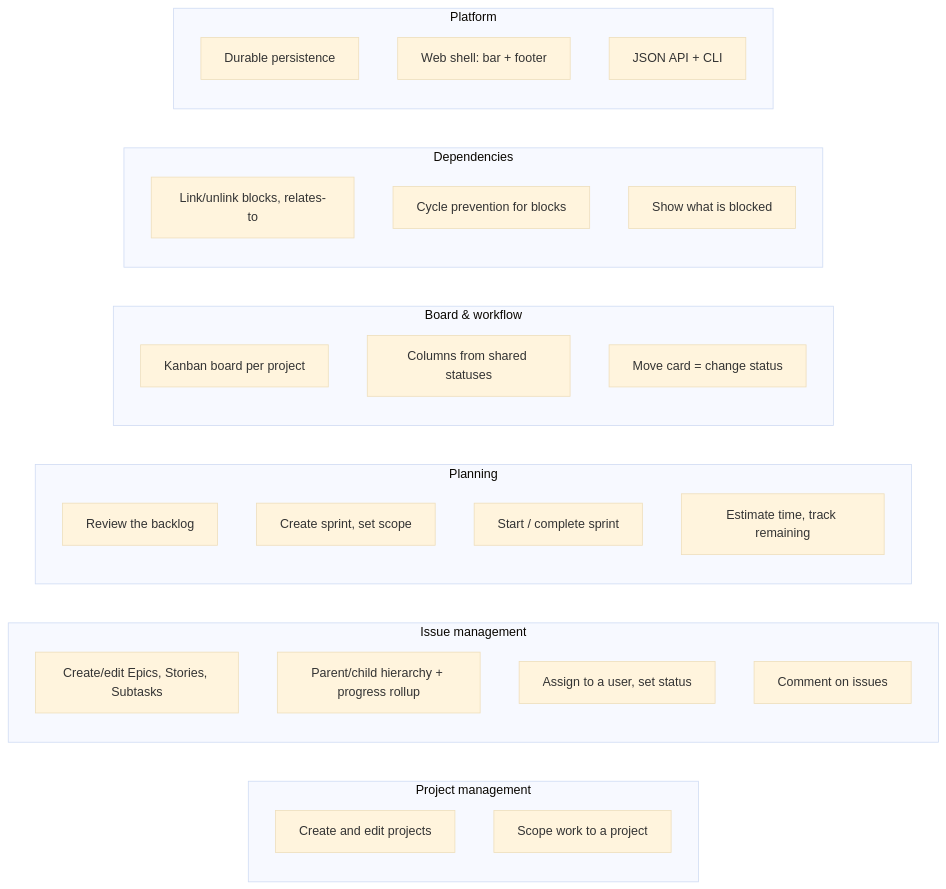
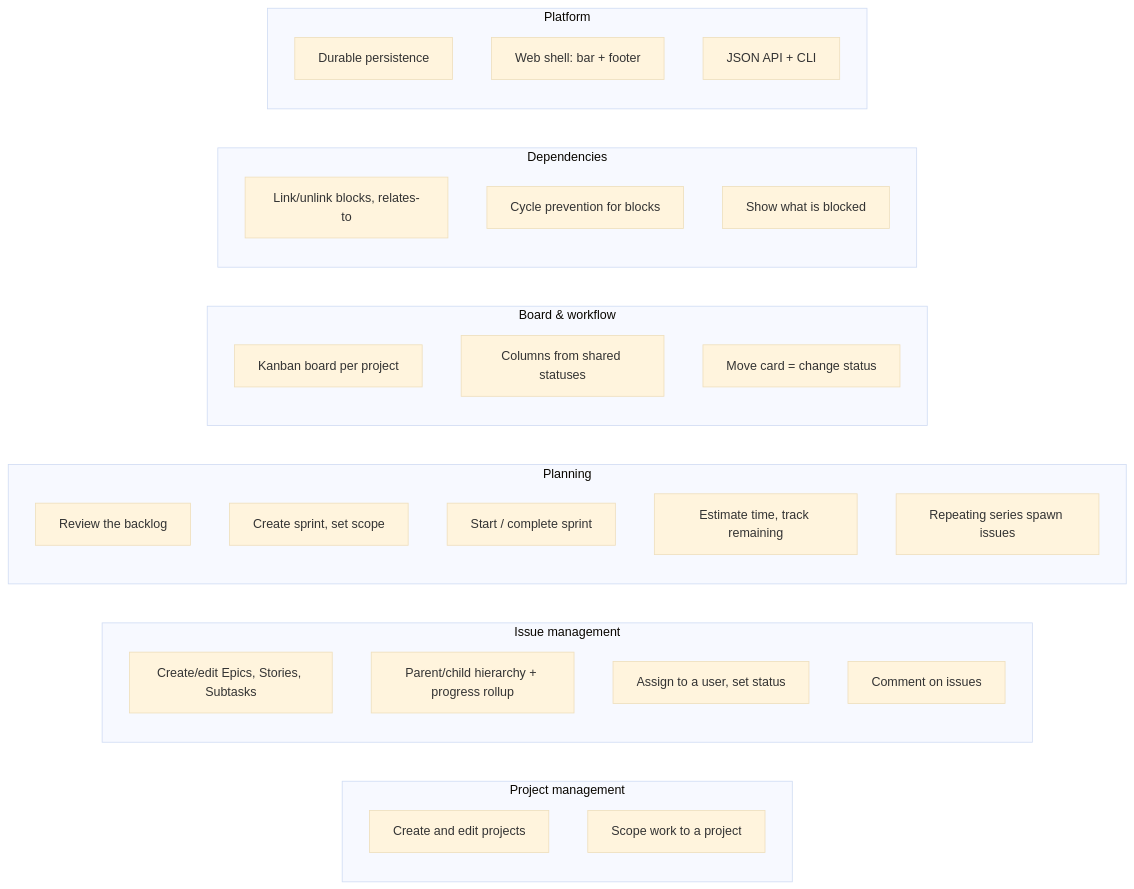
One commit to Mathotics/Keel changed the diagram in docs/architecture/capabilities.md. Above: the diagram before and after it, drawn with Mermaid (base theme). The commit also changed other lines of this file and 40 other files, not shown here.

Commit message:
Add repeating work via a per-project Scheduling Manager so chores and other recurring jobs spawn ordinary issues instead of resetting Done.

````diff
--- a/docs/architecture/capabilities.md
+++ b/docs/architecture/capabilities.md
@@ -5,34 +5,35 @@
 ```mermaid
 flowchart LR
   subgraph Proj["Project management"]
     p1[Create and edit projects]
     p2[Scope work to a project]
   end
   subgraph Issue["Issue management"]
     a1[Create/edit Epics, Stories, Subtasks]
     a2[Parent/child hierarchy + progress rollup]
     a3[Assign to a user, set status]
     a4[Comment on issues]
   end
   subgraph Plan["Planning"]
     b1[Review the backlog]
     b2[Create sprint, set scope]
     b3[Start / complete sprint]
     b4[Estimate time, track remaining]
+    b5[Repeating series spawn issues]
   end
   subgraph Board["Board & workflow"]
     c1[Kanban board per project]
     c2[Columns from shared statuses]
     c3[Move card = change status]
   end
   subgraph Dep["Dependencies"]
     d1[Link/unlink blocks, relates-to]
     d2[Cycle prevention for blocks]
     d3[Show what is blocked]
   end
   subgraph Plat["Platform"]
     e1[Durable persistence]
     e2[Web shell: bar + footer]
     e3[JSON API + CLI]
   end
 ```
````
